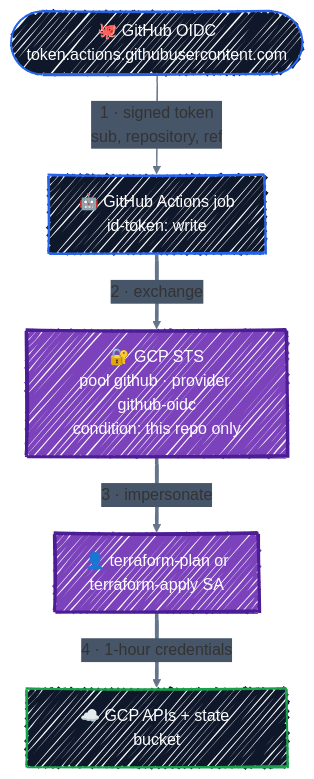
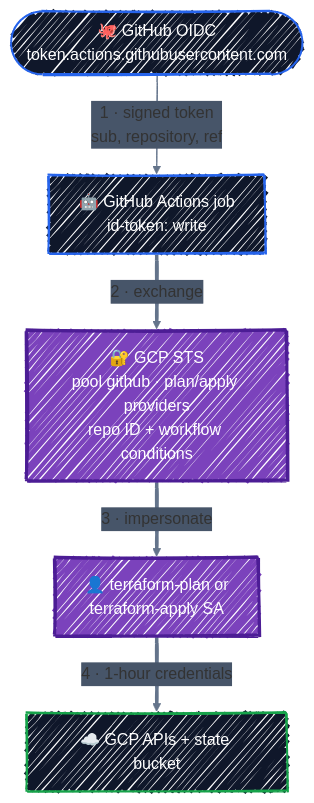
Before and after one commit to r97221004/terraform-tutorial: the first of 2 diagrams in docs/team-workflow/ci-cd.md, drawn with Mermaid. The commit also changed other lines of this file and 6 other files, not shown here.

````diff
--- a/docs/team-workflow/ci-cd.md
+++ b/docs/team-workflow/ci-cd.md
@@ -27,31 +27,31 @@
 ```mermaid
 ---
 config:
   look: handDrawn
   theme: default
   themeVariables:
     fontFamily: '"Comic Sans MS", "Comic Sans", "Segoe Print", "Bradley Hand", cursive'
     lineColor: '#64748B'
     edgeLabelBackground: '#475569'
   themeCSS: |
     .edgeLabel, .edgeLabel p, .edgeLabel span { color: #FFFFFF !important; }
 ---
 flowchart TB
     job["🤖 GitHub Actions job<br/>id-token: write"]
     gh(["🐙 GitHub OIDC<br/>token.actions.githubusercontent.com"])
-    sts["🔐 GCP STS<br/>pool github · provider github-oidc<br/>condition: this repo only"]
+    sts["🔐 GCP STS<br/>pool github · plan/apply providers<br/>repo ID + workflow conditions"]
     sa["👤 terraform-plan or<br/>terraform-apply SA"]
     gcp["☁️ GCP APIs + state bucket"]
 
     gh -->|"1 · signed token<br/>sub, repository, ref"| job
     job ==>|"2 · exchange"| sts
     sts ==>|"3 · impersonate"| sa
     sa ==>|"4 · 1-hour credentials"| gcp
 
     classDef ctrl fill:#0F172A,stroke:#2563EB,stroke-width:2px,color:#FFFFFF
     classDef eng fill:#7B42BC,stroke:#4C1D95,stroke-width:3px,color:#FFFFFF
     classDef tgt fill:#0F172A,stroke:#16A34A,stroke-width:2px,color:#FFFFFF
     class job,gh ctrl
     class sts,sa eng
     class gcp tgt
 ```
````
